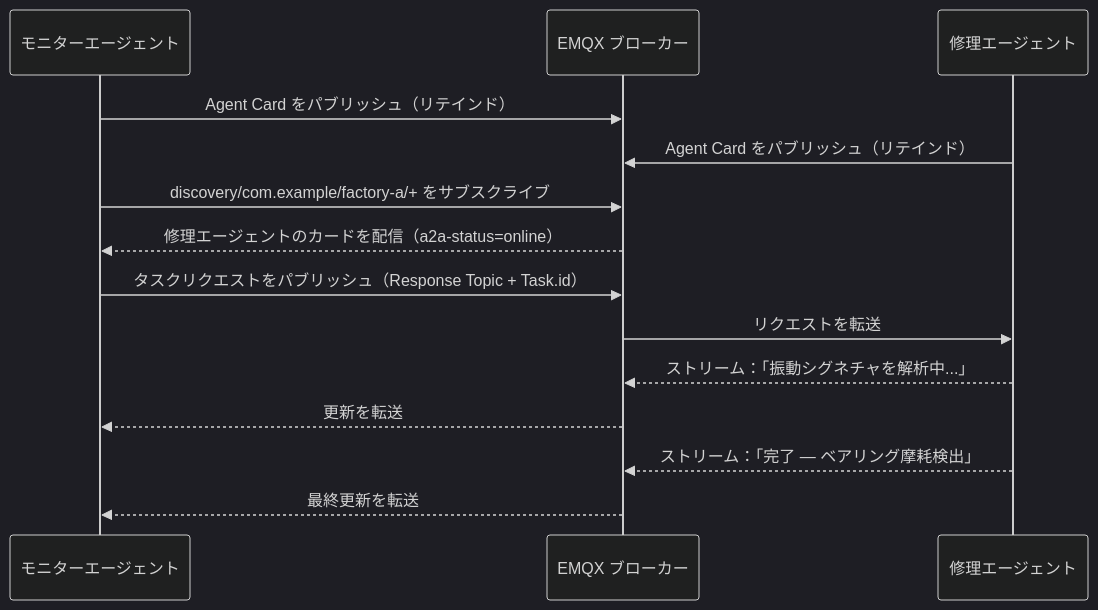
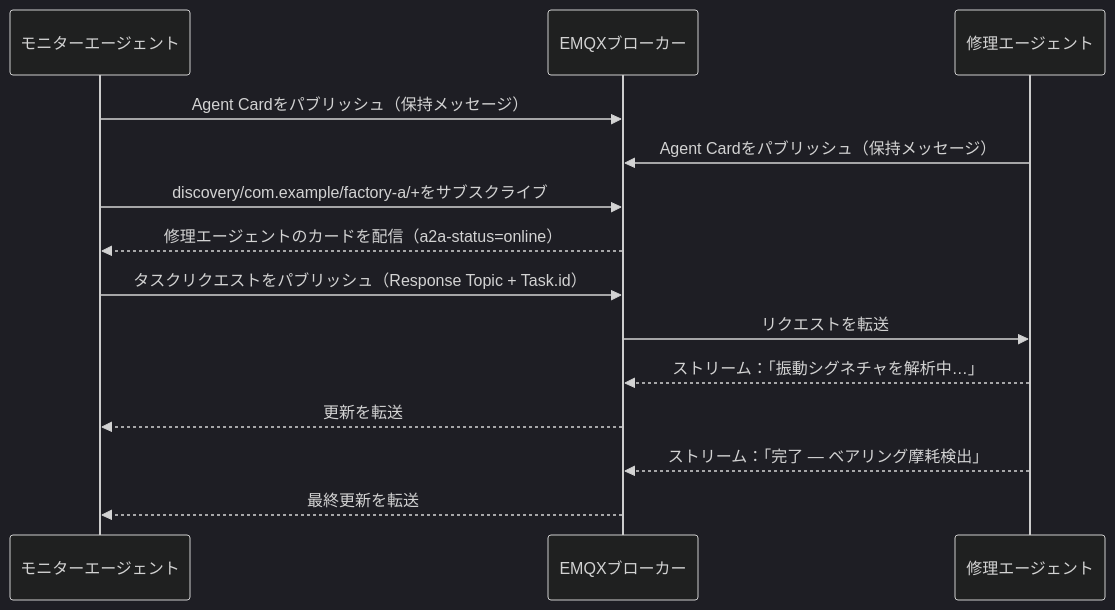
Before and after one commit to emqx/emqx-docs: the second of 2 diagrams in ja_JP/develop/emqx-ai/a2a-over-mqtt/architecture.md, drawn with Mermaid (dark theme). The commit also changed other lines of this file and 79 other files, not shown here.

````diff
--- a/ja_JP/develop/emqx-ai/a2a-over-mqtt/architecture.md
+++ b/ja_JP/develop/emqx-ai/a2a-over-mqtt/architecture.md
@@ -153,17 +153,17 @@
 ```mermaid
 sequenceDiagram
     participant M as モニターエージェント
-    participant E as EMQX ブローカー
+    participant E as EMQXブローカー
     participant R as 修理エージェント
 
-    M->>E: Agent Card をパブリッシュ（リテインド）
-    R->>E: Agent Card をパブリッシュ（リテインド）
-    M->>E: discovery/com.example/factory-a/+ をサブスクライブ
+    M->>E: Agent Cardをパブリッシュ（保持メッセージ）
+    R->>E: Agent Cardをパブリッシュ（保持メッセージ）
+    M->>E: discovery/com.example/factory-a/+をサブスクライブ
     E-->>M: 修理エージェントのカードを配信（a2a-status=online）
     M->>E: タスクリクエストをパブリッシュ（Response Topic + Task.id）
     E->>R: リクエストを転送
-    R-->>E: ストリーム：「振動シグネチャを解析中...」
+    R-->>E: ストリーム：「振動シグネチャを解析中…」
     E-->>M: 更新を転送
     R-->>E: ストリーム：「完了 — ベアリング摩耗検出」
     E-->>M: 最終更新を転送
 ```
````
